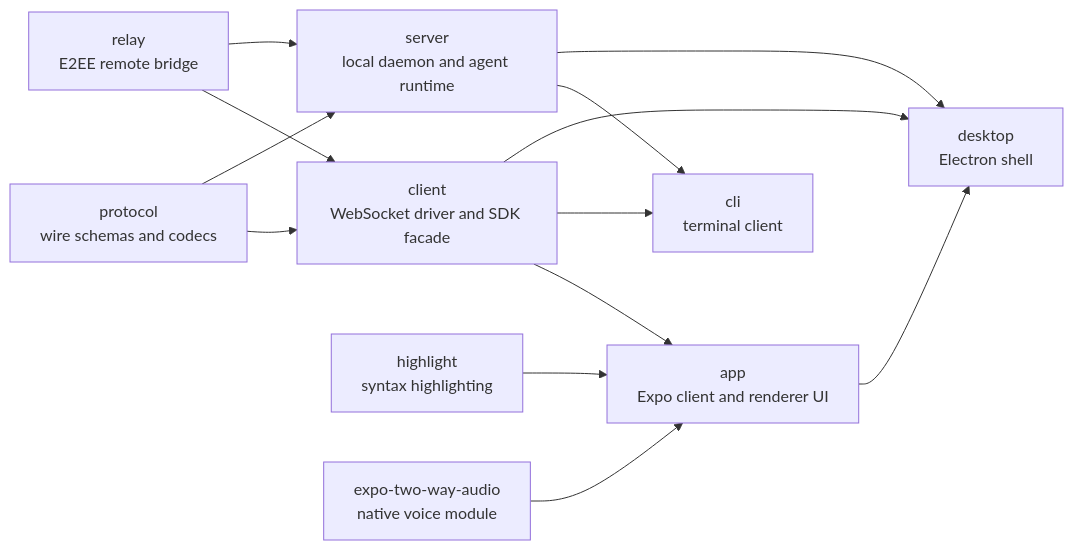
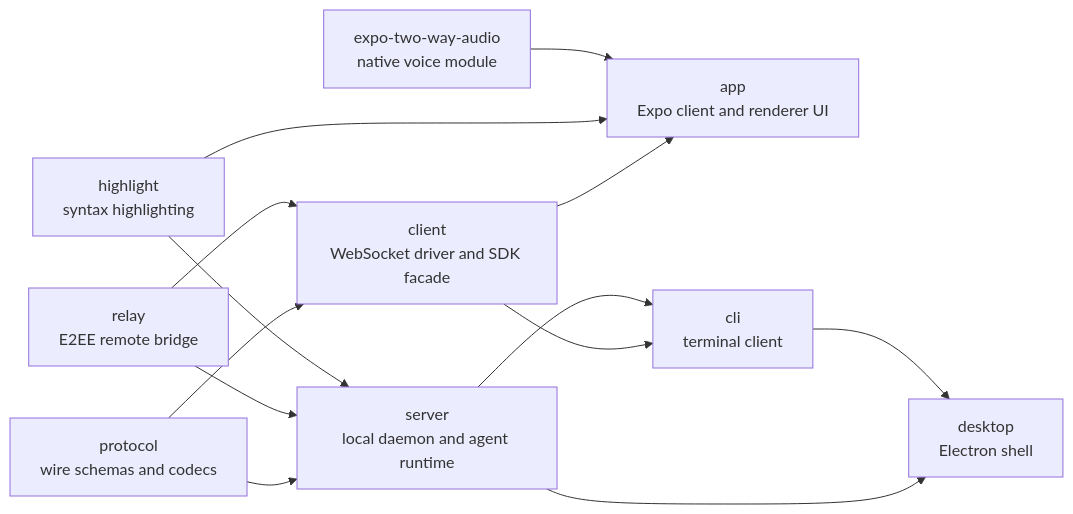
Before and after one commit to ChisaAlter/ChisaCode: the diagram in docs/ARCHITECTURE_MAP.md, drawn with Mermaid. The commit also changed other lines of this file and 97 other files, not shown here.

````diff
--- a/docs/ARCHITECTURE_MAP.md
+++ b/docs/ARCHITECTURE_MAP.md
@@ -7,25 +7,25 @@
 ```mermaid
 flowchart LR
   protocol["protocol\nwire schemas and codecs"]
   client["client\nWebSocket driver and SDK facade"]
   server["server\nlocal daemon and agent runtime"]
   app["app\nExpo client and renderer UI"]
   cli["cli\nterminal client"]
   desktop["desktop\nElectron shell"]
   relay["relay\nE2EE remote bridge"]
   highlight["highlight\nsyntax highlighting"]
   audio["expo-two-way-audio\nnative voice module"]
 
   protocol --> client
   protocol --> server
   relay --> client
   relay --> server
   client --> app
   client --> cli
-  client --> desktop
   highlight --> app
+  highlight --> server
   audio --> app
   server --> cli
   server --> desktop
-  app --> desktop
+  cli --> desktop
 ```
````
